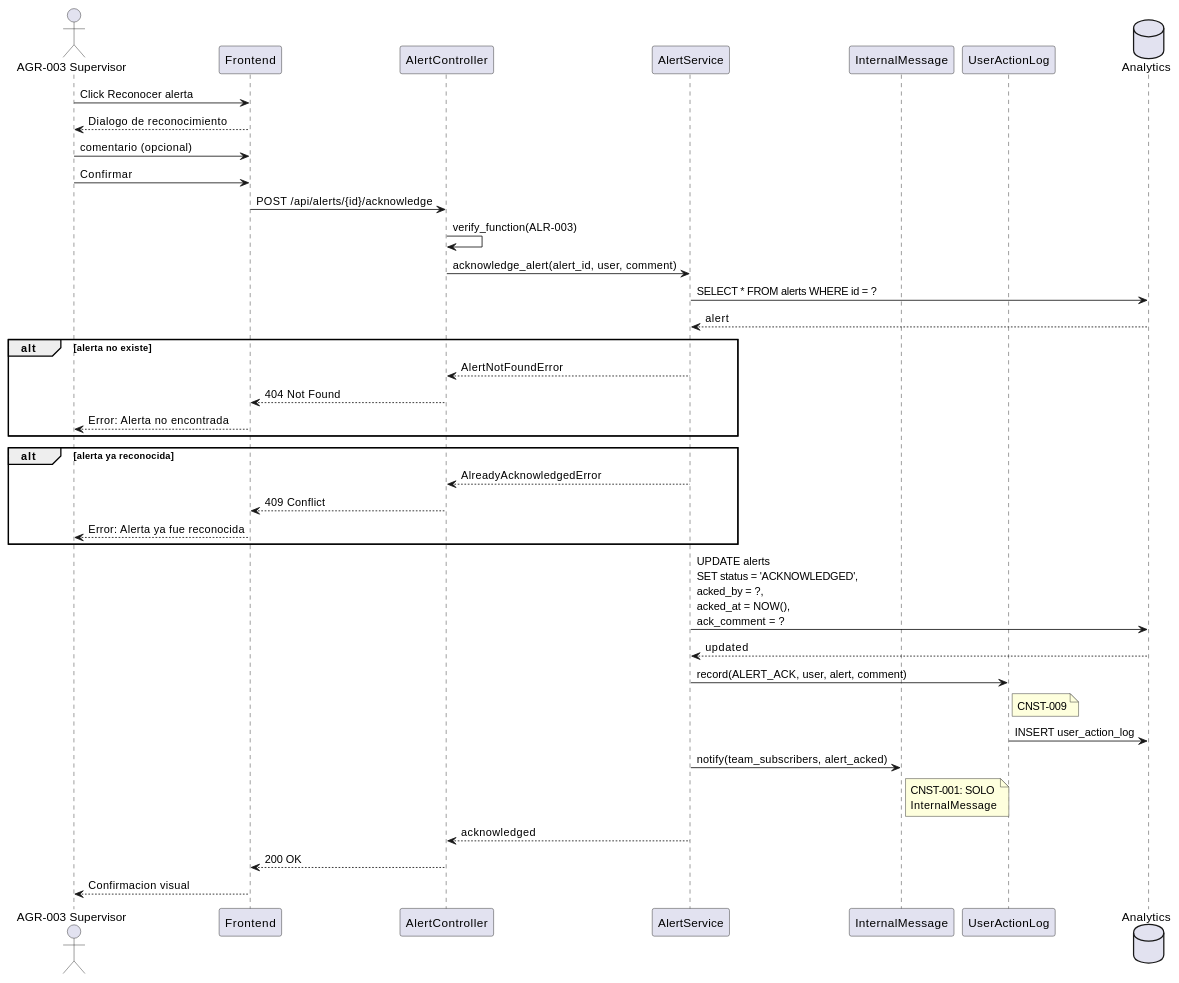
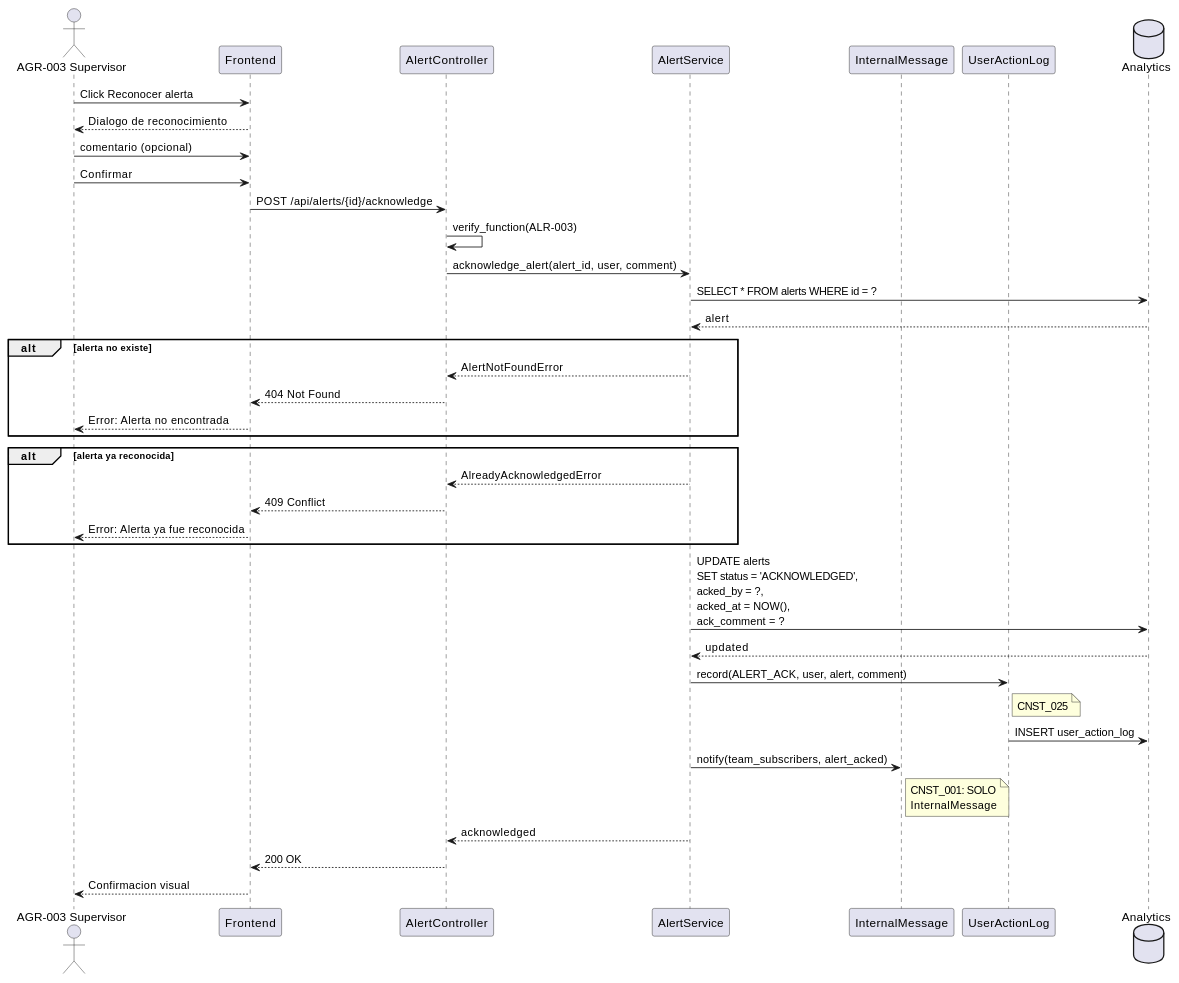
Before and after one commit to jcg-admin/IACT-docs: the second of 3 diagrams in source/requisitos/casos_uso/alerts/UC_ALR_03_Reconocer_Alerta.rst, drawn with PlantUML. The commit also changed other lines of this file and 67 other files, not shown here.

```diff
--- a/source/requisitos/casos_uso/alerts/UC_ALR_03_Reconocer_Alerta.rst
+++ b/source/requisitos/casos_uso/alerts/UC_ALR_03_Reconocer_Alerta.rst
@@ -172,54 +172,54 @@
 .. uml::
    :caption: Diagrama de Secuencia - UC_ALR_03
 
    @startuml
    actor "AGR-003 Supervisor" as S
    participant "Frontend" as FE
    participant "AlertController" as AC
    participant "AlertService" as AS
    participant "InternalMessage" as IM
    participant "UserActionLog" as UAL
    database "Analytics" as DB
 
    S -> FE: Click Reconocer alerta
    FE --> S: Dialogo de reconocimiento
    S -> FE: comentario (opcional)
    S -> FE: Confirmar
 
    FE -> AC: POST /api/alerts/{id}/acknowledge
    AC -> AC: verify_function(ALR-003)
 
    AC -> AS: acknowledge_alert(alert_id, user, comment)
 
    AS -> DB: SELECT * FROM alerts WHERE id = ?
    DB --> AS: alert
 
    alt alerta no existe
      AS --> AC: AlertNotFoundError
      AC --> FE: 404 Not Found
      FE --> S: Error: Alerta no encontrada
    end
 
    alt alerta ya reconocida
      AS --> AC: AlreadyAcknowledgedError
      AC --> FE: 409 Conflict
      FE --> S: Error: Alerta ya fue reconocida
    end
 
    AS -> DB: UPDATE alerts\nSET status = 'ACKNOWLEDGED',\nacked_by = ?,\nacked_at = NOW(),\nack_comment = ?
    DB --> AS: updated
 
    AS -> UAL: record(ALERT_ACK, user, alert, comment)
-   note right of UAL: CNST-009
+   note right of UAL: CNST_025
    UAL -> DB: INSERT user_action_log
 
    AS -> IM: notify(team_subscribers, alert_acked)
    note right of IM
-     CNST-001: SOLO
+     CNST_001: SOLO
      InternalMessage
    end note
 
    AS --> AC: acknowledged
    AC --> FE: 200 OK
    FE --> S: Confirmacion visual
    @enduml
```
